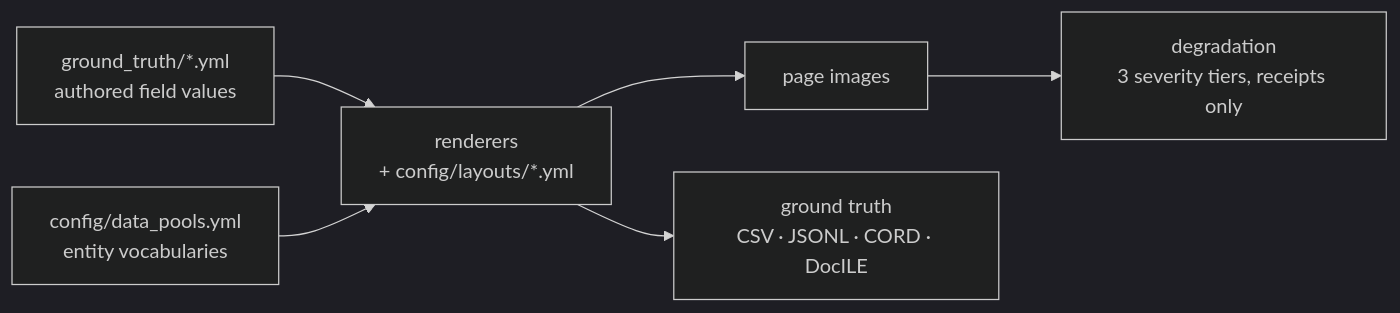
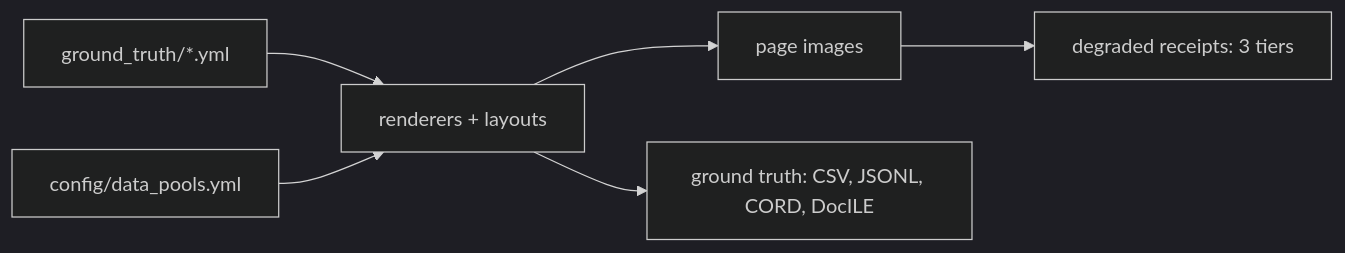
One commit to tmnestor/Synthetic_Doc_Generation changed the diagram in docs/generator_capability_overview.md. Above: the diagram before and after it, drawn with Mermaid (dark theme). The commit also changed other lines of this file and 1 other file, not shown here.

Commit message:
📝 docs: drop <br/> from mermaid labels GitHub does not honour
GitHub strips <br/> inside quoted mermaid labels rather than breaking the line, so the README's architecture diagram and the capability overview were both rendering as run-together text. Labels now fit on one line, which renders the same everywhere.

````diff
--- a/docs/generator_capability_overview.md
+++ b/docs/generator_capability_overview.md
@@ -12,8 +12,8 @@
 ```mermaid
 flowchart LR
-  A["ground_truth/*.yml<br/>authored field values"] --> B["renderers<br/>+ config/layouts/*.yml"]
-  C["config/data_pools.yml<br/>entity vocabularies"] --> B
+  A["ground_truth/*.yml"] --> B["renderers + layouts"]
+  C["config/data_pools.yml"] --> B
   B --> D["page images"]
-  B --> E["ground truth<br/>CSV · JSONL · CORD · DocILE"]
-  D --> F["degradation<br/>3 severity tiers, receipts only"]
+  B --> E["ground truth: CSV, JSONL, CORD, DocILE"]
+  D --> F["degraded receipts: 3 tiers"]
 ```
````
